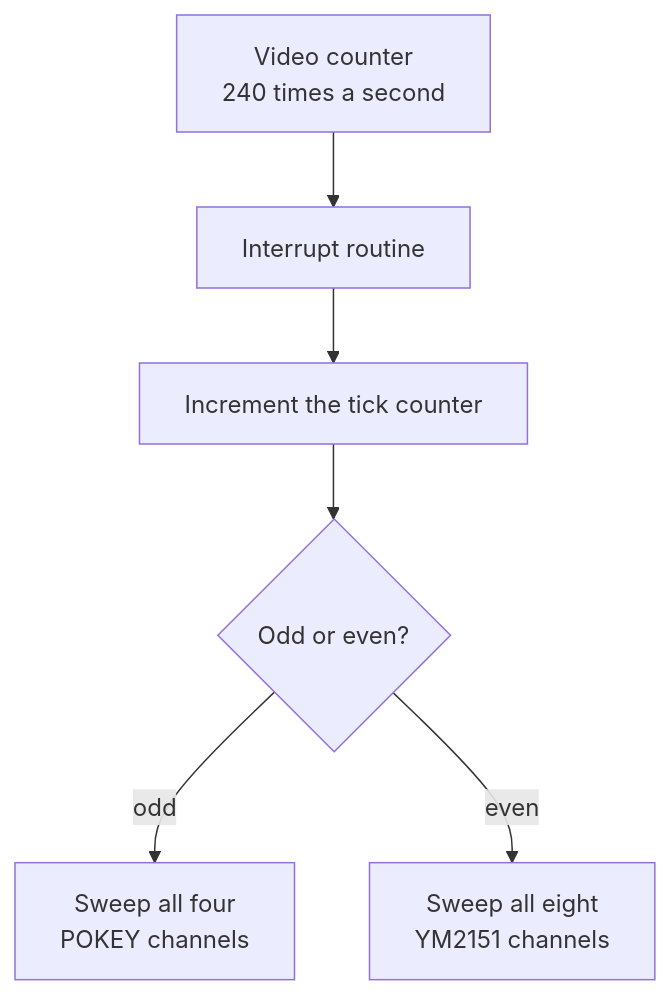
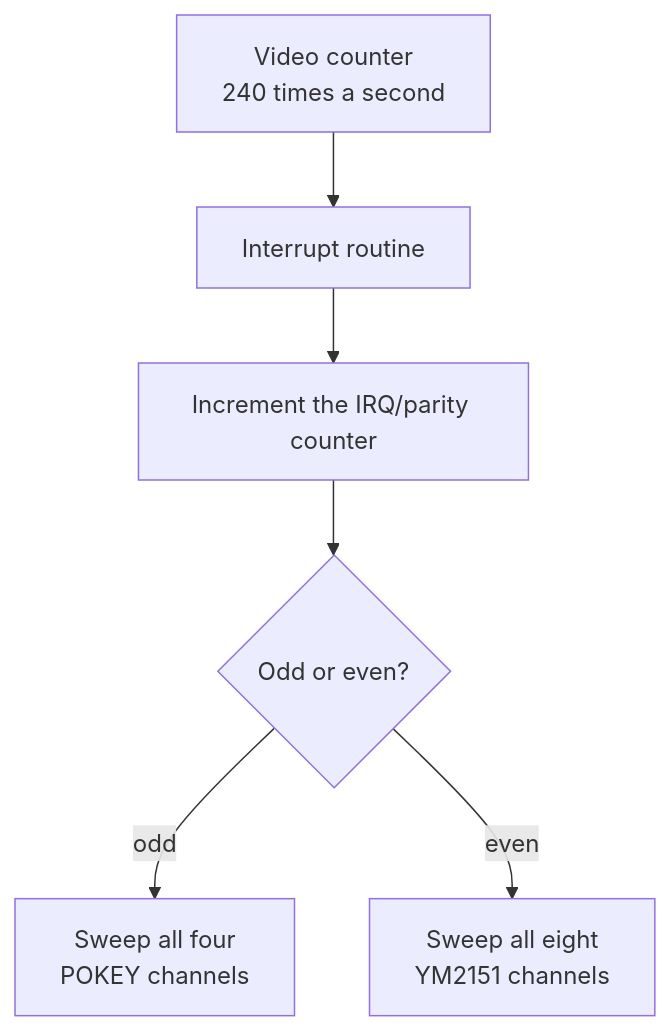
One commit to alinsavix/gauntlet-soundrom-ai-reveng changed the diagram in book/04_heartbeat.md. Above: the diagram before and after it, drawn with Mermaid. The commit also changed 14 other files, not shown here.

````diff
--- a/book/04_heartbeat.md
+++ b/book/04_heartbeat.md
@@ -86,8 +86,8 @@
 ```mermaid
 flowchart TD
     V["Video counter<br/>240 times a second"] --> I["Interrupt routine"]
-    I --> C["Increment the tick counter"]
+    I --> C["Increment the IRQ/parity counter"]
     C --> Q{"Odd or even?"}
     Q -->|odd| P["Sweep all four<br/>POKEY channels"]
     Q -->|even| Y["Sweep all eight<br/>YM2151 channels"]
 ```
````
